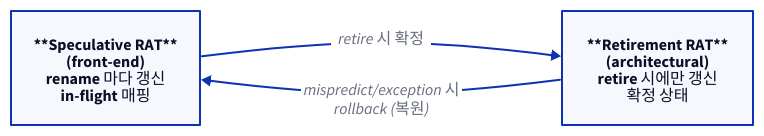
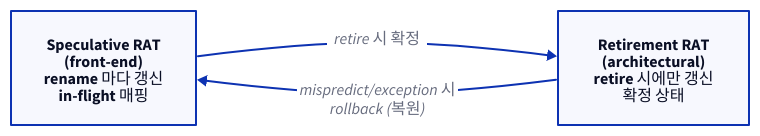
One commit to humbleowl39/DV_SKOOL changed the second of 2 diagrams in starlight_site/src/content/docs/cpu_arm/07_microarchitecture.md. Above: the diagram before and after it, drawn with D2. The commit also changed other lines of this file and 714 other files, not shown here.

First line of the commit message:
fix(site): d2 다이어그램 가독성 결함 6종 일괄 수정

````diff
--- a/starlight_site/src/content/docs/cpu_arm/07_microarchitecture.md
+++ b/starlight_site/src/content/docs/cpu_arm/07_microarchitecture.md
@@ -90,7 +90,7 @@
 ```d2
 direction: right
-SRAT: "**Speculative RAT**\n(front-end)\nrename 마다 갱신\nin-flight 매핑"
-RRAT: "**Retirement RAT**\n(architectural)\nretire 시에만 갱신\n확정 상태"
+SRAT: "Speculative RAT\n(front-end)\nrename 마다 갱신\nin-flight 매핑"
+RRAT: "Retirement RAT\n(architectural)\nretire 시에만 갱신\n확정 상태"
 SRAT -> RRAT: "retire 시 확정"
 RRAT -> SRAT: "mispredict/exception 시\nrollback (복원)"
 ```
````
